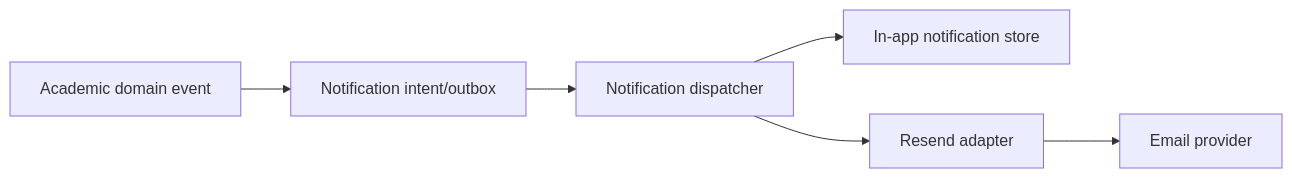
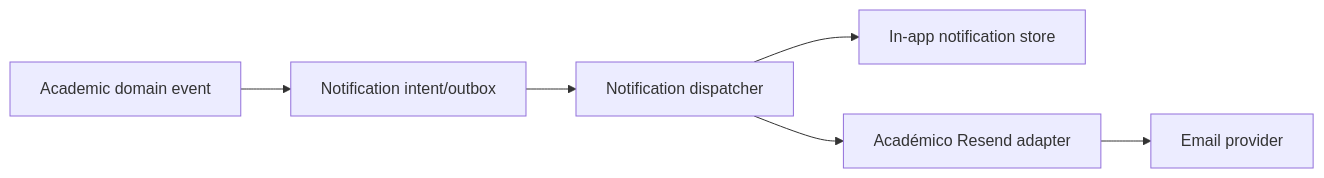
The diagram in docs/architecture/notifications.md (Sherydans12/edupay-academico), drawn with Mermaid before and after one commit. The commit also changed other lines of this file and 26 other files, not shown here.

Commit message:
docs: reconcile Identity architecture contracts

````diff
--- a/docs/architecture/notifications.md
+++ b/docs/architecture/notifications.md
@@ -11,14 +13,14 @@
 ```mermaid
 flowchart LR
     Domain[Academic domain event]
     Outbox[Notification intent/outbox]
     Dispatcher[Notification dispatcher]
     InApp[In-app notification store]
-    Resend[Resend adapter]
+    AcademicResend[Académico Resend adapter]
     Mail[Email provider]
     Domain --> Outbox
     Outbox --> Dispatcher
     Dispatcher --> InApp
-    Dispatcher --> Resend
-    Resend --> Mail
+    Dispatcher --> AcademicResend
+    AcademicResend --> Mail
 ```
````
